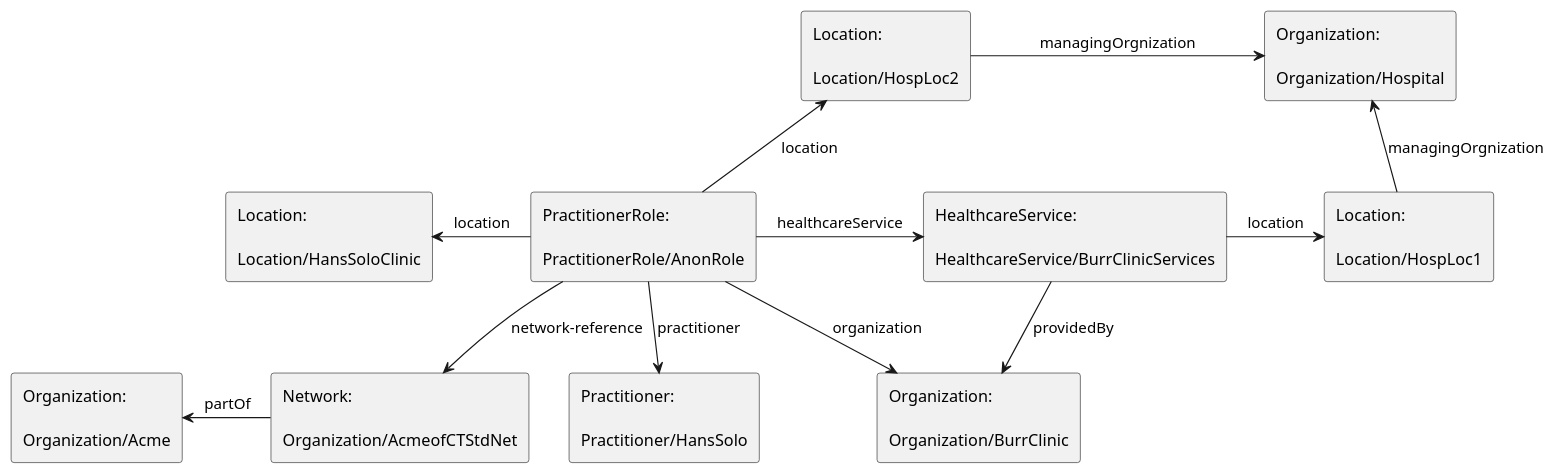
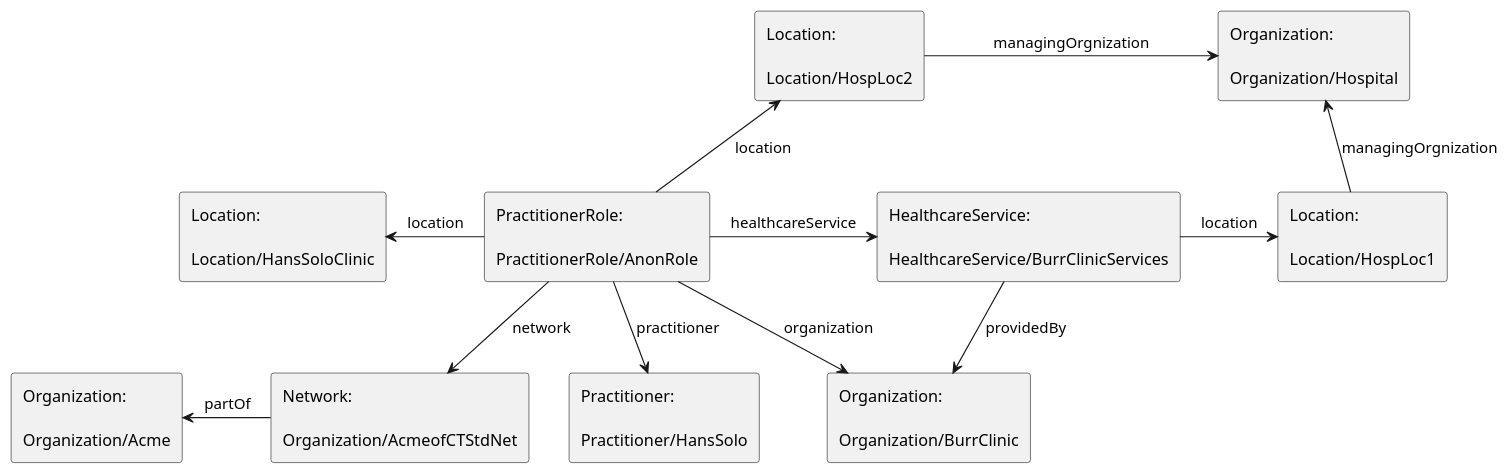
Before and after one commit to HL7/fhir-us-ndh: the diagram in input/images-source/PractitionerRole.plantuml, drawn with PlantUML. The commit also changed 31 other files, not shown here.

```diff
--- a/input/images-source/PractitionerRole.plantuml
+++ b/input/images-source/PractitionerRole.plantuml
@@ -1,29 +1,29 @@
 @startuml
 agent "PractitionerRole:\n\nPractitionerRole/AnonRole" as practitionerRole
 agent "Practitioner:\n\nPractitioner/HansSolo" as practitioner
 agent "Organization:\n\nOrganization/BurrClinic" as organization1
 agent "Network:\n\nOrganization/AcmeofCTStdNet" as organization2
 agent "Organization:\n\nOrganization/Acme" as organization3
 agent "Organization:\n\nOrganization/Hospital" as organization4
 
 agent "Location:\n\nLocation/HospLoc1" as location1
 agent "Location:\n\nLocation/HospLoc2" as location2
 agent "Location:\n\nLocation/HansSoloClinic" as location3
 agent "HealthcareService:\n\nHealthcareService/BurrClinicServices" as healthcareService
 
 practitionerRole -down-> practitioner : "practitioner"
 practitionerRole -down-> organization1 : "organization"
-practitionerRole -down-> organization2 : "network-reference"
+practitionerRole -down-> organization2 : "network"
 practitionerRole -up-> location2 : "location"
 organization2 -left-> organization3: "partOf"
 
 practitionerRole -right-> healthcareService : "healthcareService"
 practitionerRole -left-> location3: "location"
 
 
 healthcareService -right-> location1: "location"
 healthcareService -down-> organization1: "providedBy"
 
 location2 -right-> organization4: "managingOrgnization"
 location1 -up-> organization4: "managingOrgnization"
 @enduml
```
